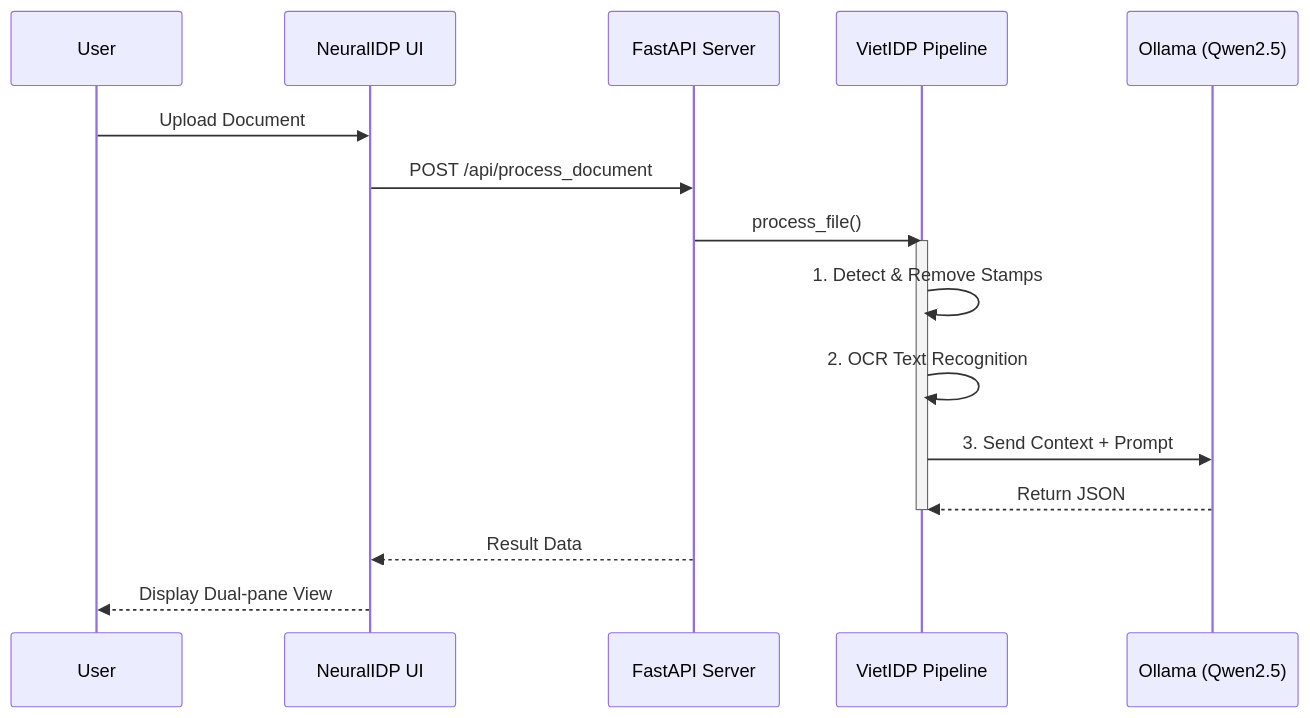
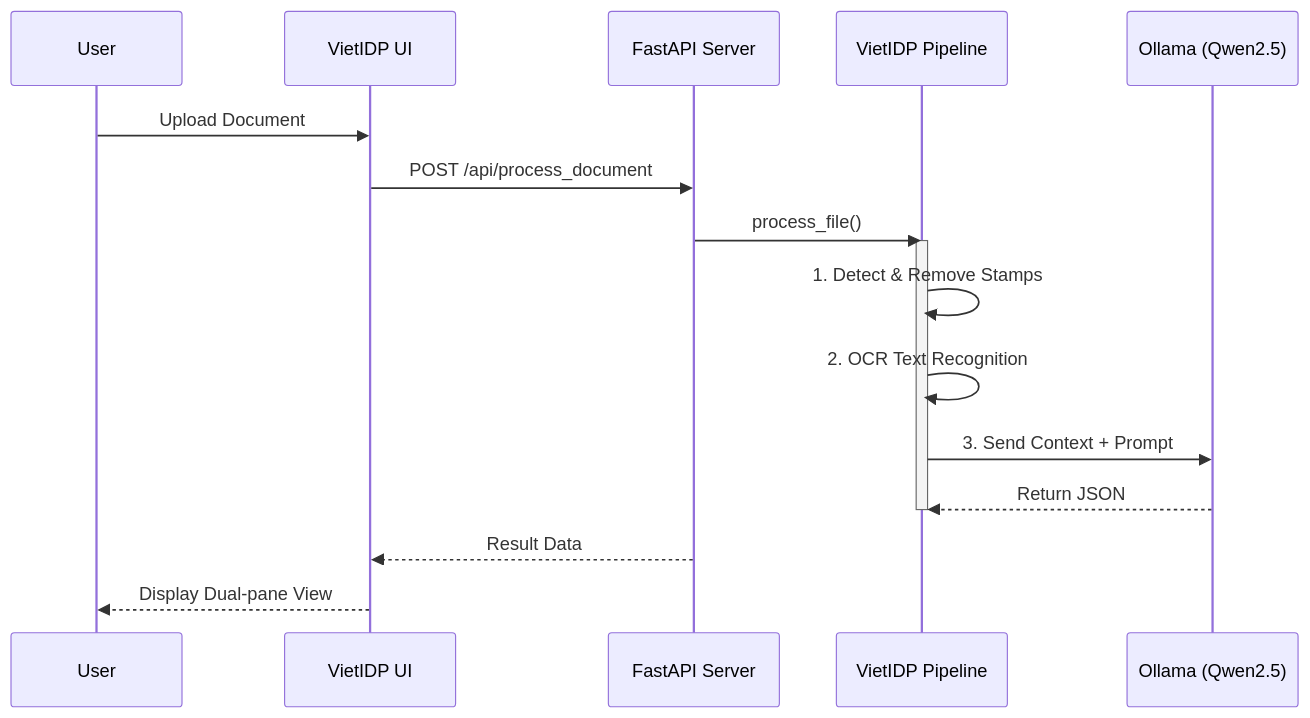
The second of 2 diagrams in docs/scientific_paper_q1_draft.md (hoangtranduchai/VietIDP), drawn with Mermaid before and after one commit. The commit also changed other lines of this file and 11 other files, not shown here.

````diff
--- a/docs/scientific_paper_q1_draft.md
+++ b/docs/scientific_paper_q1_draft.md
@@ -208,20 +209,20 @@
 ```mermaid
 sequenceDiagram
     participant User
-    participant Frontend as NeuralIDP UI
+    participant Frontend as VietIDP UI
     participant Backend as FastAPI Server
     participant Pipeline as VietIDP Pipeline
     participant LLM as Ollama (Qwen2.5)
     
     User->>Frontend: Upload Document
     Frontend->>Backend: POST /api/process_document
     Backend->>Pipeline: process_file()
     activate Pipeline
     Pipeline->>Pipeline: 1. Detect & Remove Stamps
     Pipeline->>Pipeline: 2. OCR Text Recognition
     Pipeline->>LLM: 3. Send Context + Prompt
     LLM-->>Pipeline: Return JSON
     deactivate Pipeline
     Backend-->>Frontend: Result Data
     Frontend-->>User: Display Dual-pane View
 ```
````
